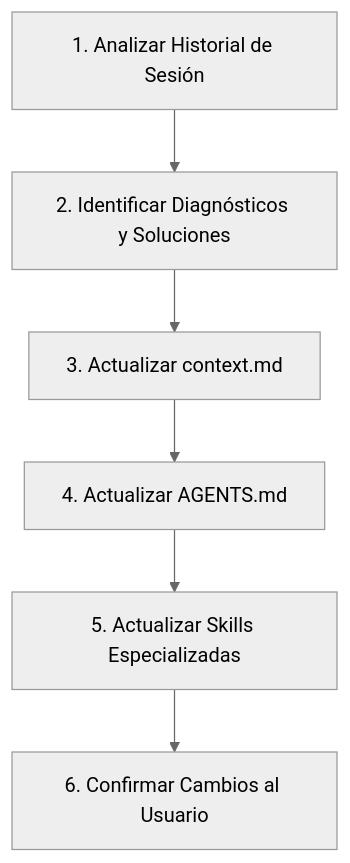
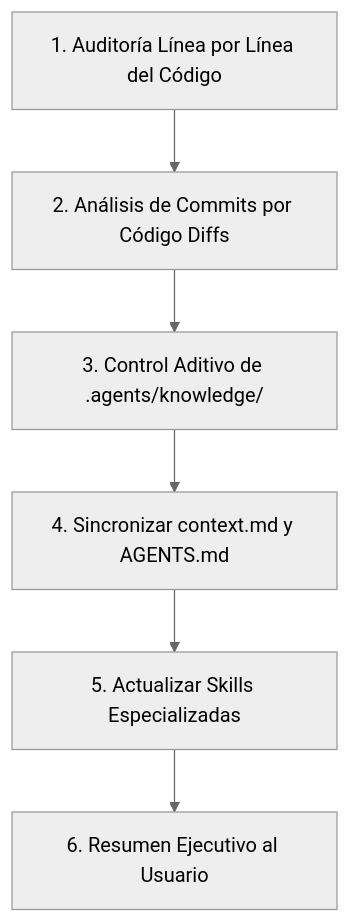
Before and after one commit to 97hackbrian/visuomotor_ros2: the diagram in UPDATE_KNOWLEDGE.md, drawn with Mermaid (neutral theme). The commit also changed other lines of this file and 11 other files, not shown here.

````diff
--- a/UPDATE_KNOWLEDGE.md
+++ b/UPDATE_KNOWLEDGE.md
@@ -27,8 +27,8 @@
 ```mermaid
 flowchart TD
-    A[1. Analizar Historial de Sesión] --> B[2. Identificar Diagnósticos y Soluciones]
-    B --> C[3. Actualizar context.md]
-    C --> D[4. Actualizar AGENTS.md]
+    A[1. Auditoría Línea por Línea del Código] --> B[2. Análisis de Commits por Código Diffs]
+    B --> C[3. Control Aditivo de .agents/knowledge/]
+    C --> D[4. Sincronizar context.md y AGENTS.md]
     D --> E[5. Actualizar Skills Especializadas]
-    E --> F[6. Confirmar Cambios al Usuario]
+    E --> F[6. Resumen Ejecutivo al Usuario]
 ```
````
